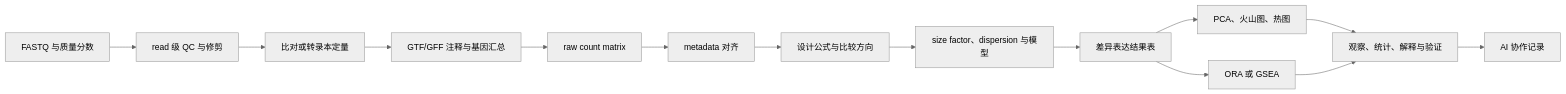
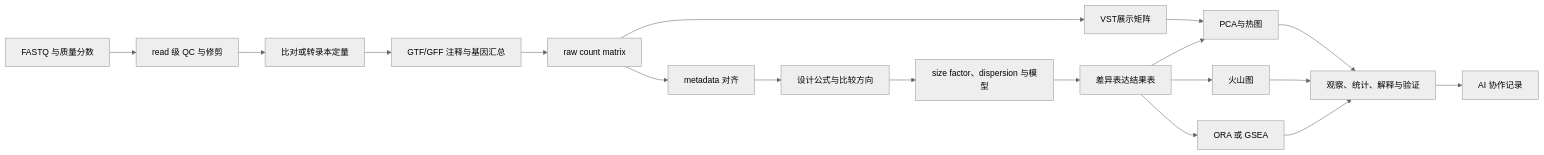
The first of 2 diagrams in docs/chapters/chapter-12/index.md (luvega/AI_MED_DataVis), drawn with Mermaid (neutral theme) before and after one commit. The commit also changed other lines of this file and 9 other files, not shown here.

````diff
--- a/docs/chapters/chapter-12/index.md
+++ b/docs/chapters/chapter-12/index.md
@@ -59,16 +59,20 @@
 ```mermaid
 flowchart LR
   A["FASTQ 与质量分数"] --> B["read 级 QC 与修剪"]
   B --> C["比对或转录本定量"]
   C --> D["GTF/GFF 注释与基因汇总"]
   D --> E["raw count matrix"]
   E --> F["metadata 对齐"]
   F --> G["设计公式与比较方向"]
   G --> H["size factor、dispersion 与模型"]
   H --> I["差异表达结果表"]
-  I --> J["PCA、火山图、热图"]
+  E --> V["VST展示矩阵"]
+  V --> J["PCA与热图"]
+  I --> W["火山图"]
+  I --> J
   I --> K["ORA 或 GSEA"]
   J --> L["观察、统计、解释与验证"]
+  W --> L
   K --> L
   L --> M["AI 协作记录"]
 ```
````
